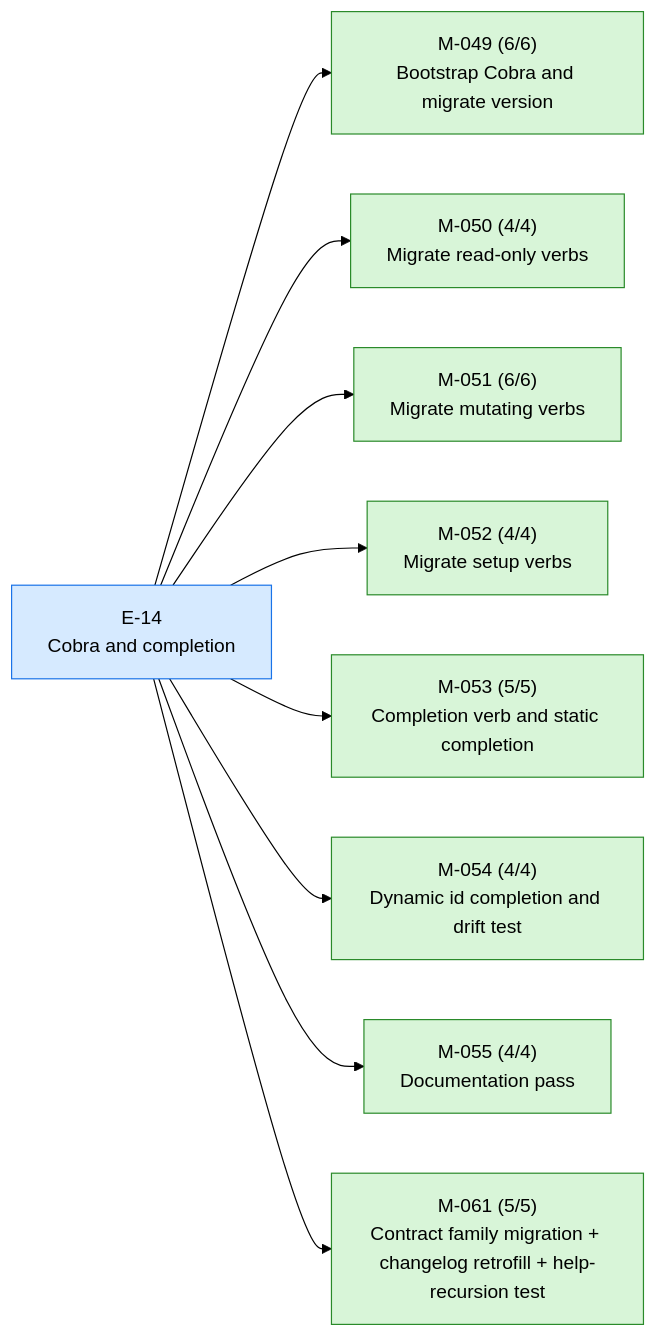
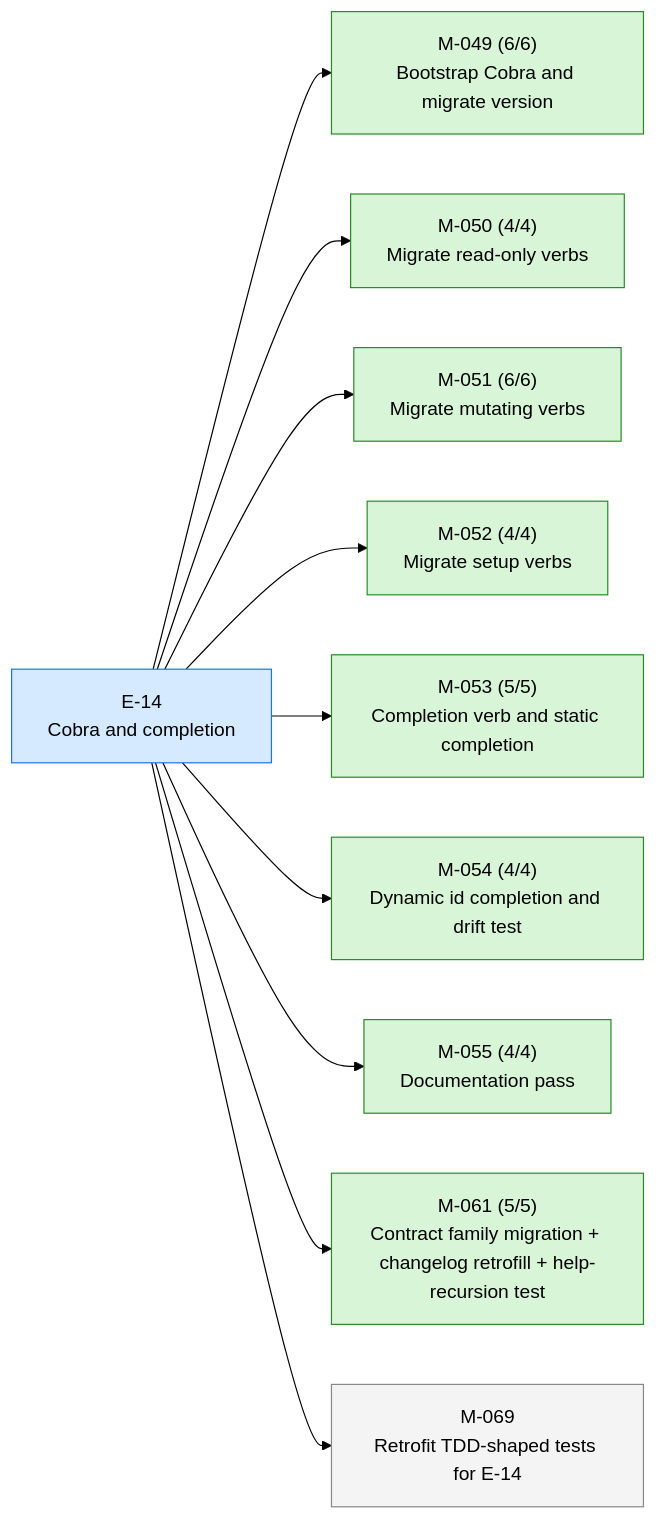
The first of 4 diagrams in STATUS.md (23min/aiwf), drawn with Mermaid (forest theme) before and after one commit. The commit also changed other lines of this file and 1 other file, not shown here.

First line of the commit message:
aiwf add milestone M-069 "Retrofit TDD-shaped tests for E-14"

````diff
--- a/STATUS.md
+++ b/STATUS.md
@@ -18,26 +19,28 @@
 ```mermaid
 flowchart LR
   E_14["E-14<br/>Cobra and completion"]:::epic_active
   M_049["M-049 (6/6)<br/>Bootstrap Cobra and migrate version"]:::ms_done
   E_14 --> M_049
   M_050["M-050 (4/4)<br/>Migrate read-only verbs"]:::ms_done
   E_14 --> M_050
   M_051["M-051 (6/6)<br/>Migrate mutating verbs"]:::ms_done
   E_14 --> M_051
   M_052["M-052 (4/4)<br/>Migrate setup verbs"]:::ms_done
   E_14 --> M_052
   M_053["M-053 (5/5)<br/>Completion verb and static completion"]:::ms_done
   E_14 --> M_053
   M_054["M-054 (4/4)<br/>Dynamic id completion and drift test"]:::ms_done
   E_14 --> M_054
   M_055["M-055 (4/4)<br/>Documentation pass"]:::ms_done
   E_14 --> M_055
   M_061["M-061 (5/5)<br/>Contract family migration + changelog retrofill + help-recursion test"]:::ms_done
   E_14 --> M_061
+  M_069["M-069<br/>Retrofit TDD-shaped tests for E-14"]:::ms_draft
+  E_14 --> M_069
   classDef epic_active fill:#d6eaff,stroke:#1a73e8,color:#000
   classDef epic_proposed fill:#f4f4f4,stroke:#888,color:#000
   classDef ms_done fill:#d8f5d8,stroke:#2a8a2a,color:#000
   classDef ms_in_progress fill:#fff3c4,stroke:#caa400,color:#000
   classDef ms_draft fill:#f4f4f4,stroke:#888,color:#000
   classDef ms_cancelled fill:#fbeaea,stroke:#c33,color:#000
 ```
````
